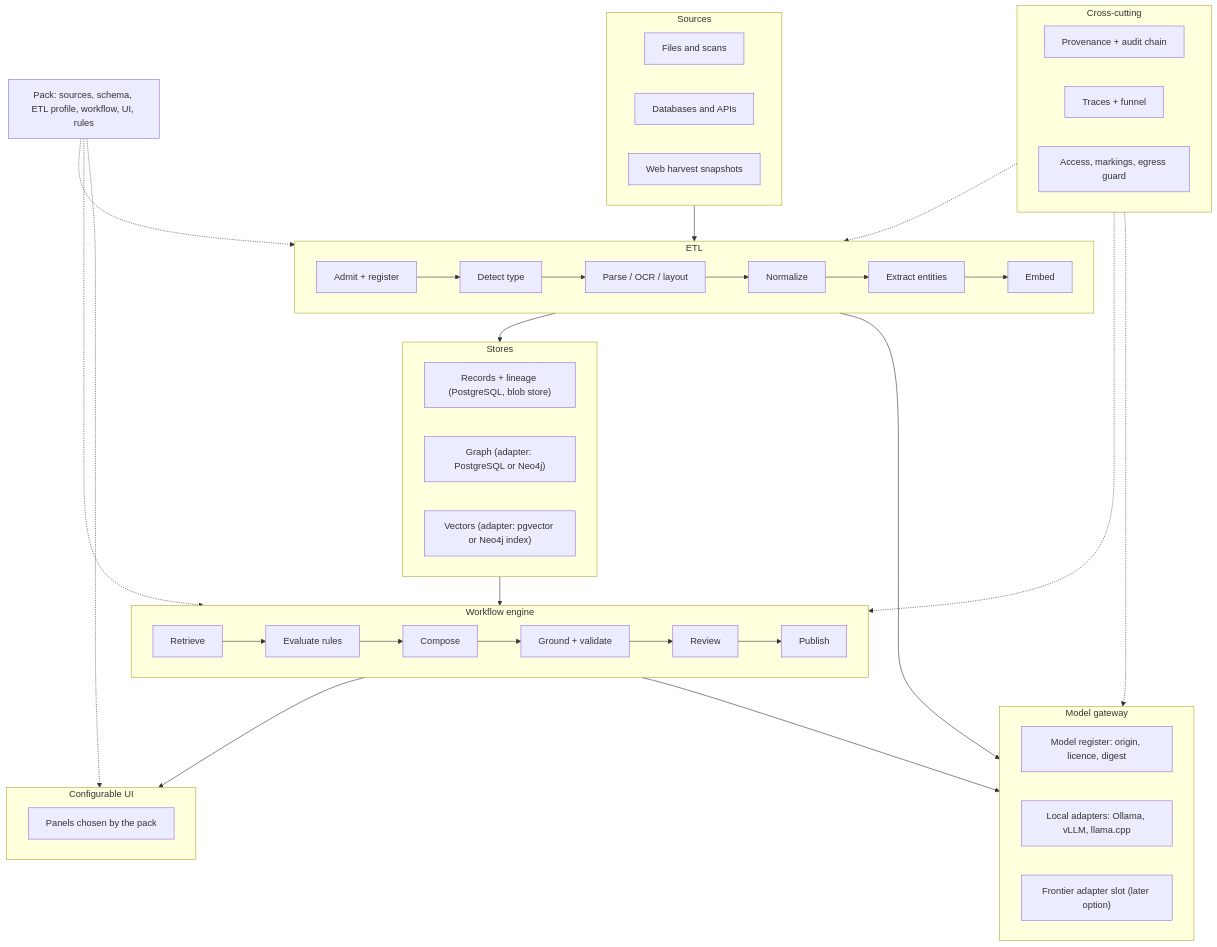
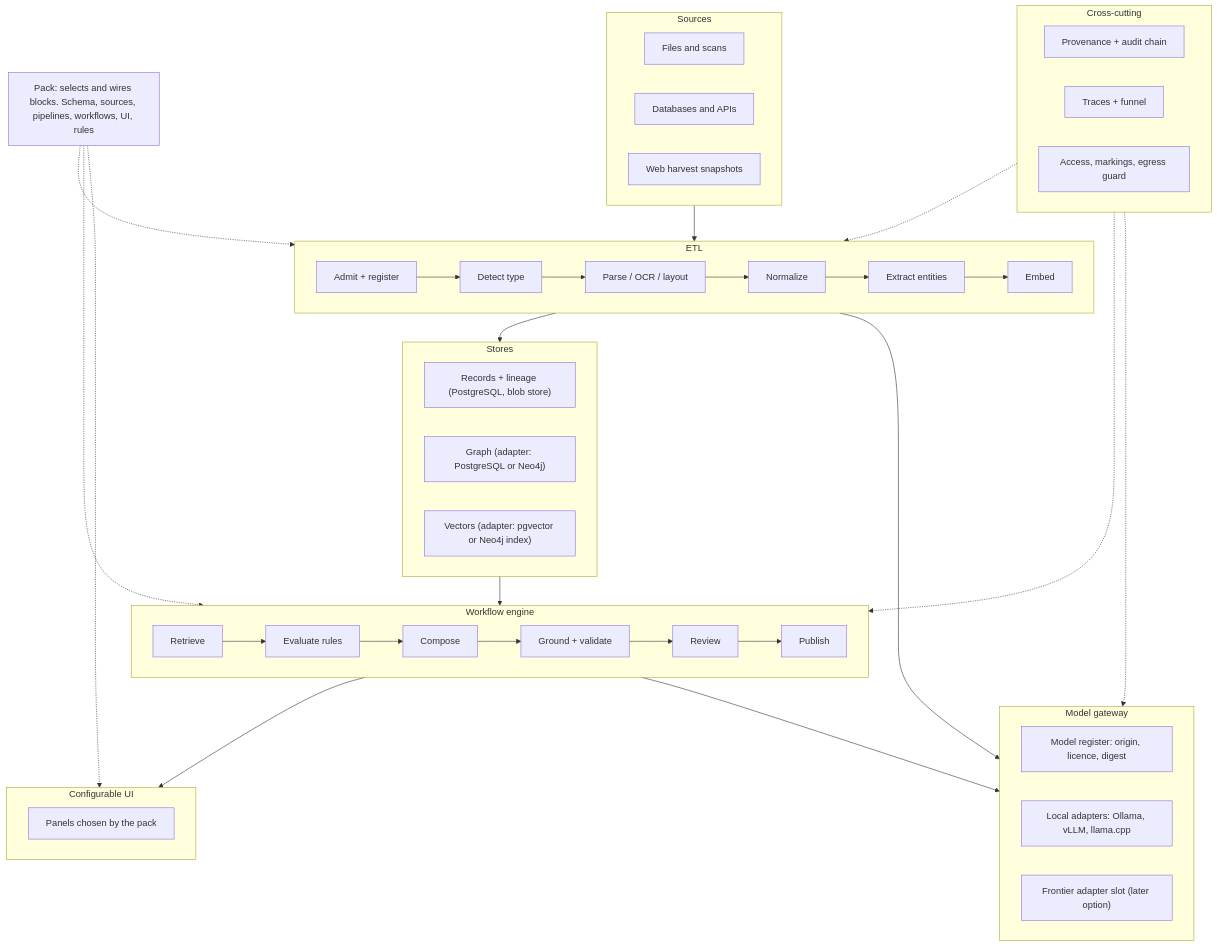
The diagram in docs/architecture.md (teamworxAI/si), drawn with Mermaid before and after one commit. The commit also changed other lines of this file and 3 other files, not shown here.

First line of the commit message:
Architecture v0.4: generic block catalogue, nothing use-case-specific in the platform

````diff
--- a/docs/architecture.md
+++ b/docs/architecture.md
@@ -48,53 +55,53 @@
 ```mermaid
 flowchart TB
   subgraph SRC["Sources"]
     S1["Files and scans"]
     S2["Databases and APIs"]
     S3["Web harvest snapshots"]
   end
 
   subgraph ETL["ETL"]
     direction LR
     E1["Admit + register"] --> E2["Detect type"] --> E3["Parse / OCR / layout"] --> E4["Normalize"] --> E5["Extract entities"] --> E6["Embed"]
   end
 
   subgraph ST["Stores"]
     R["Records + lineage (PostgreSQL, blob store)"]
     G["Graph (adapter: PostgreSQL or Neo4j)"]
     V["Vectors (adapter: pgvector or Neo4j index)"]
   end
 
   subgraph WF["Workflow engine"]
     direction LR
     W1["Retrieve"] --> W2["Evaluate rules"] --> W3["Compose"] --> W4["Ground + validate"] --> W5["Review"] --> W6["Publish"]
   end
 
   subgraph UI["Configurable UI"]
     U1["Panels chosen by the pack"]
   end
 
   subgraph MG["Model gateway"]
     M1["Model register: origin, licence, digest"]
     M2["Local adapters: Ollama, vLLM, llama.cpp"]
     M3["Frontier adapter slot (later option)"]
   end
 
   subgraph X["Cross-cutting"]
     X1["Provenance + audit chain"]
     X2["Traces + funnel"]
     X3["Access, markings, egress guard"]
   end
 
-  PACK["Pack: sources, schema, ETL profile, workflow, UI, rules"]
+  PACK["Pack: selects and wires blocks. Schema, sources, pipelines, workflows, UI, rules"]
 
   SRC --> ETL --> ST
   ST --> WF --> UI
   ETL --> MG
   WF --> MG
   PACK -.-> ETL
   PACK -.-> WF
   PACK -.-> UI
   X -.-> ETL
   X -.-> WF
   X -.-> MG
 ```
````
